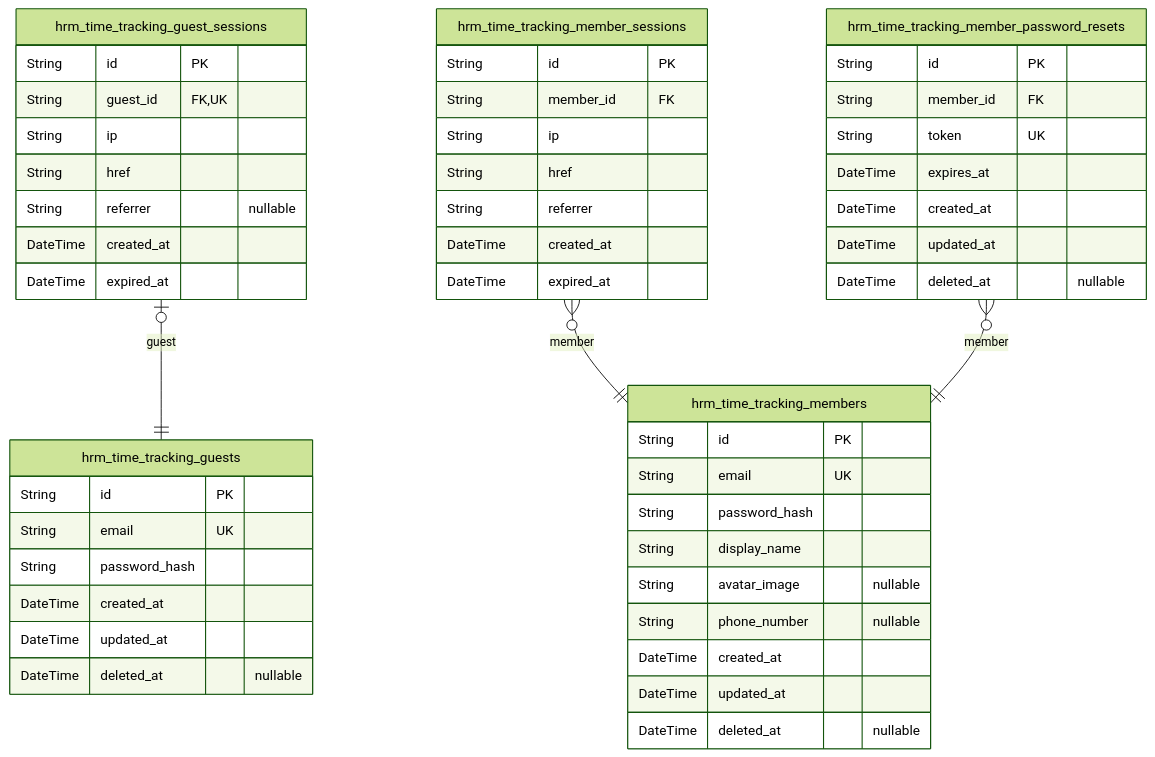
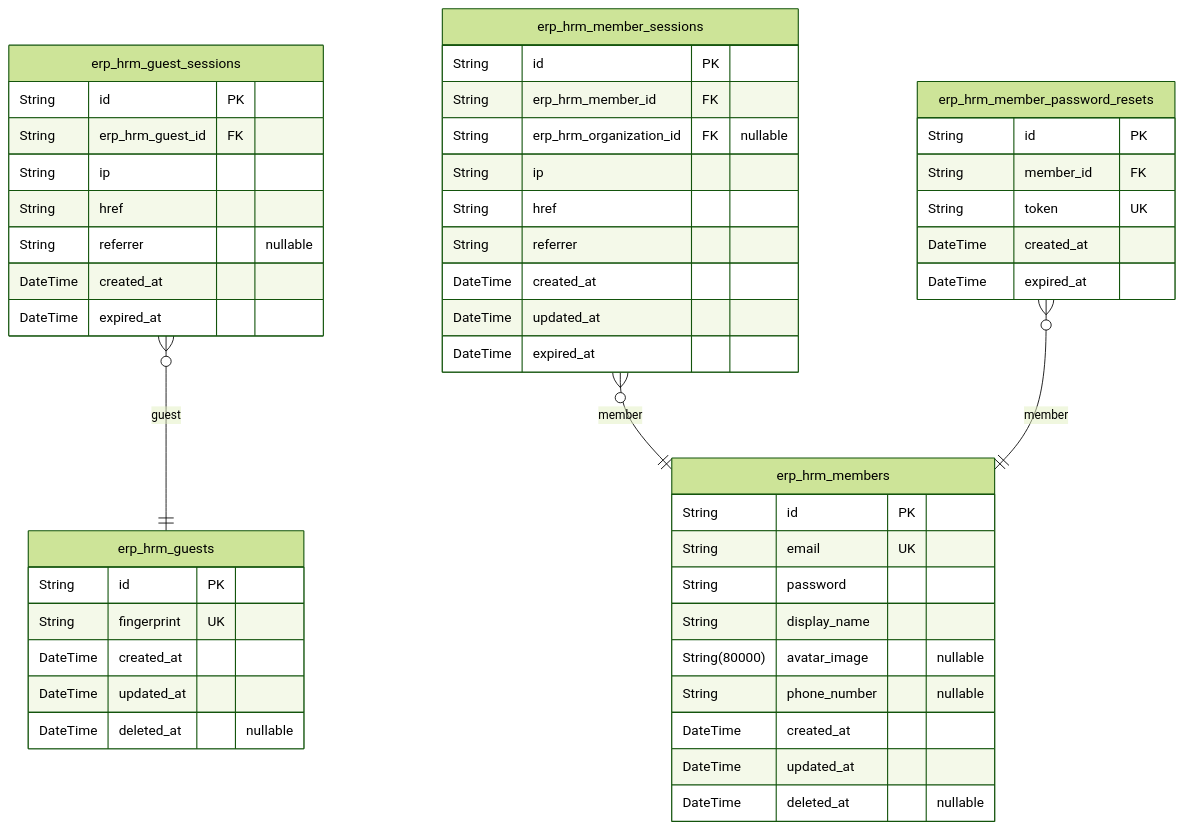
The first of 10 diagrams in z-ai/glm-5/erp/docs/ERD.md (wrtnlabs/autobe-examples), drawn with Mermaid (forest theme) before and after one commit. The commit also changed other lines of this file and 3761 other files, not shown here.

````diff
--- a/z-ai/glm-5/erp/docs/ERD.md
+++ b/z-ai/glm-5/erp/docs/ERD.md
@@ -15,52 +18,51 @@
 ```mermaid
 erDiagram
-"hrm_time_tracking_guests" {
+"erp_hrm_guests" {
   String id PK
-  String email UK
-  String password_hash
+  String fingerprint UK
   DateTime created_at
   DateTime updated_at
   DateTime deleted_at "nullable"
 }
-"hrm_time_tracking_guest_sessions" {
+"erp_hrm_guest_sessions" {
   String id PK
-  String guest_id FK,UK
+  String erp_hrm_guest_id FK
   String ip
   String href
   String referrer "nullable"
   DateTime created_at
   DateTime expired_at
 }
-"hrm_time_tracking_members" {
+"erp_hrm_members" {
   String id PK
   String email UK
-  String password_hash
+  String password
   String display_name
-  String avatar_image "nullable"
+  String(80000) avatar_image "nullable"
   String phone_number "nullable"
   DateTime created_at
   DateTime updated_at
   DateTime deleted_at "nullable"
 }
-"hrm_time_tracking_member_sessions" {
+"erp_hrm_member_sessions" {
   String id PK
-  String member_id FK
+  String erp_hrm_member_id FK
+  String erp_hrm_organization_id FK "nullable"
   String ip
   String href
   String referrer
   DateTime created_at
+  DateTime updated_at
   DateTime expired_at
 }
-"hrm_time_tracking_member_password_resets" {
+"erp_hrm_member_password_resets" {
   String id PK
   String member_id FK
   String token UK
-  DateTime expires_at
   DateTime created_at
-  DateTime updated_at
-  DateTime deleted_at "nullable"
+  DateTime expired_at
 }
-"hrm_time_tracking_guest_sessions" |o--|| "hrm_time_tracking_guests" : guest
-"hrm_time_tracking_member_sessions" }o--|| "hrm_time_tracking_members" : member
-"hrm_time_tracking_member_password_resets" }o--|| "hrm_time_tracking_members" : member
+"erp_hrm_guest_sessions" }o--|| "erp_hrm_guests" : guest
+"erp_hrm_member_sessions" }o--|| "erp_hrm_members" : member
+"erp_hrm_member_password_resets" }o--|| "erp_hrm_members" : member
 ```
````
